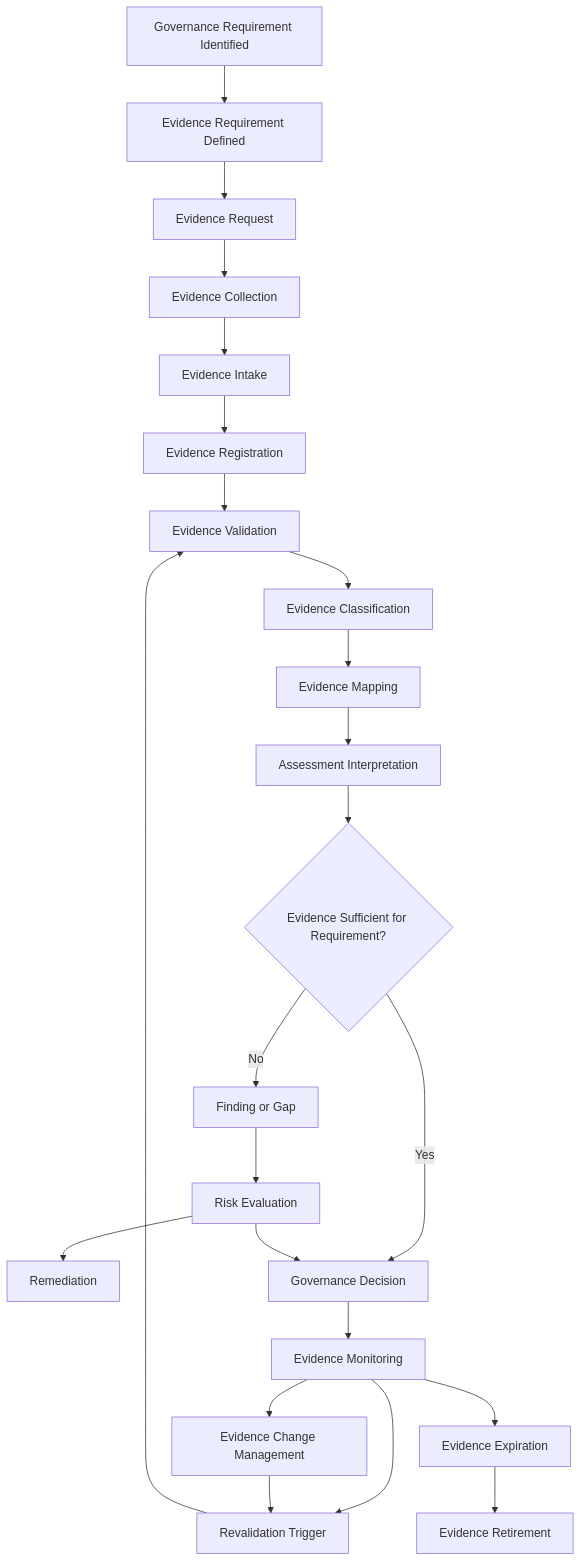
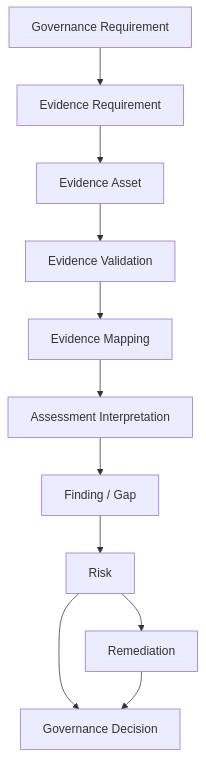
One commit to SamJ083/evidence-convergence-framework changed the first of 10 diagrams in 03_Reference_Architecture/Evidence-Architecture.md. Above: the diagram before and after it, drawn with Mermaid. The commit also changed other lines of this file, not shown here.

First line of the commit message:
Corrected the file contents to Evidence Architecture

````diff
--- a/03_Reference_Architecture/Evidence-Architecture.md
+++ b/03_Reference_Architecture/Evidence-Architecture.md
@@ -133,46 +33,24 @@
 ```mermaid
 flowchart TD
-    A[Governance Requirement Identified]
-    B[Evidence Requirement Defined]
-    C[Evidence Request]
-    D[Evidence Collection]
-    E[Evidence Intake]
-    F[Evidence Registration]
-    G[Evidence Validation]
-    H[Evidence Classification]
-    I[Evidence Mapping]
-    J[Assessment Interpretation]
-    K{Evidence Sufficient for Requirement?}
-    L[Finding or Gap]
-    M[Risk Evaluation]
-    N[Remediation]
-    O[Governance Decision]
-    P[Evidence Monitoring]
-    Q[Revalidation Trigger]
-    R[Evidence Change Management]
-    S[Evidence Expiration]
-    T[Evidence Retirement]
+    A[Governance Requirement]
+    B[Evidence Requirement]
+    C[Evidence Asset]
+    D[Evidence Validation]
+    E[Evidence Mapping]
+    F[Assessment Interpretation]
+    G[Finding / Gap]
+    H[Risk]
+    I[Remediation]
+    J[Governance Decision]
 
     A --> B
     B --> C
     C --> D
     D --> E
     E --> F
     F --> G
     G --> H
     H --> I
+    H --> J
     I --> J
-    J --> K
-    K -- Yes --> O
-    K -- No --> L
-    L --> M
-    M --> N
-    M --> O
-    O --> P
-    P --> Q
-    Q --> G
-    P --> R
-    R --> Q
-    P --> S
-    S --> T
 ```
````
